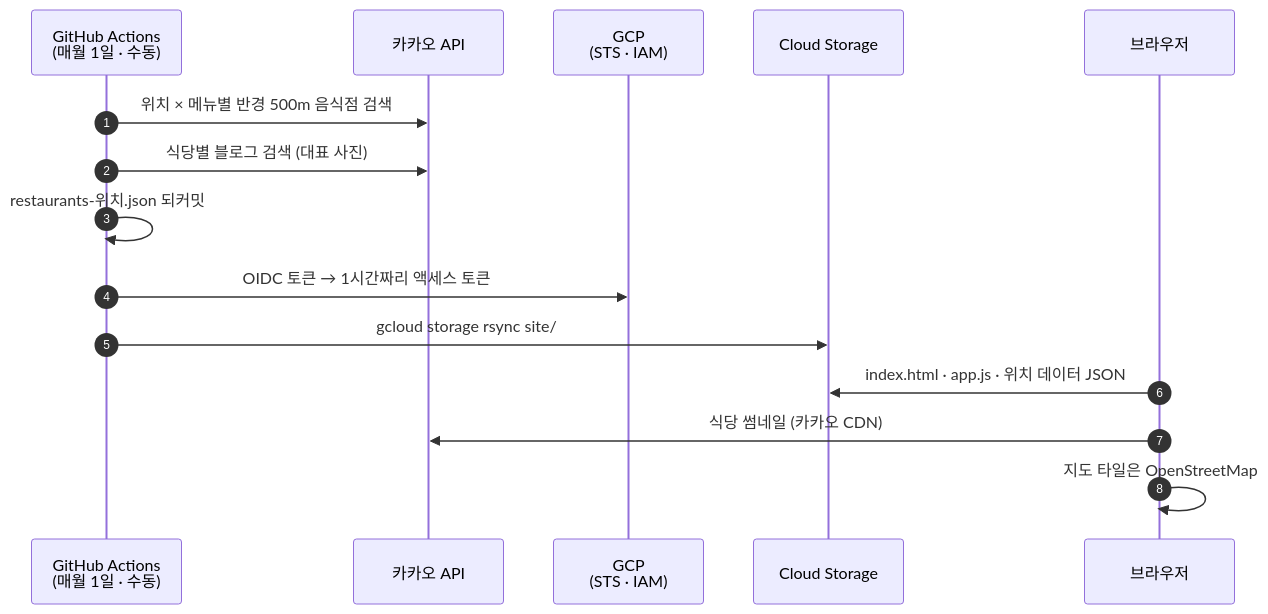
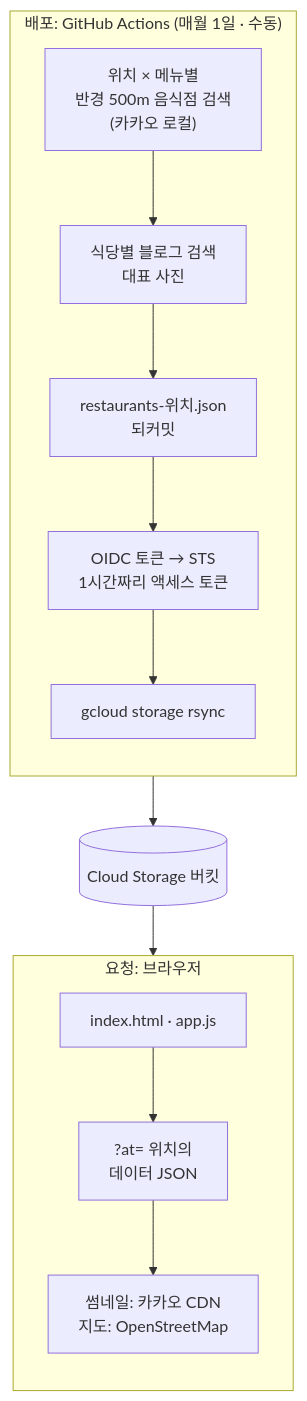
Before and after one commit to benyco-dev/lunch-box: the second of 3 diagrams in README.md, drawn with Mermaid.

Commit message:
README: 요청·배포 흐름 다이어그램을 세로 배치로
가로 시퀀스 다이어그램(1334px)이 GitHub 본문 폭에서 0.63배로 줄어 글자가 10px 정도였다.
세로 흐름도로 바꿔 세 다이어그램 모두 원래 크기로 보인다.

````diff
--- a/README.md
+++ b/README.md
@@ -40,17 +40,17 @@
 ```mermaid
-sequenceDiagram
-  autonumber
-  participant CR as GitHub Actions<br/>(매월 1일 · 수동)
-  participant KK as 카카오 API
-  participant G as GCP<br/>(STS · IAM)
-  participant B as Cloud Storage
-  participant U as 브라우저
-  CR->>KK: 위치 × 메뉴별 반경 500m 음식점 검색
-  CR->>KK: 식당별 블로그 검색 (대표 사진)
-  CR->>CR: restaurants-위치.json 되커밋
-  CR->>G: OIDC 토큰 → 1시간짜리 액세스 토큰
-  CR->>B: gcloud storage rsync site/
-  U->>B: index.html · app.js · 위치 데이터 JSON
-  U->>KK: 식당 썸네일 (카카오 CDN)
-  U->>U: 지도 타일은 OpenStreetMap
+flowchart TB
+  subgraph DEPLOY["배포: GitHub Actions (매월 1일 · 수동)"]
+    direction TB
+    D1["위치 × 메뉴별<br/>반경 500m 음식점 검색<br/>(카카오 로컬)"] --> D2["식당별 블로그 검색<br/>대표 사진"]
+    D2 --> D3["restaurants-위치.json<br/>되커밋"]
+    D3 --> D4["OIDC 토큰 → STS<br/>1시간짜리 액세스 토큰"]
+    D4 --> D5["gcloud storage rsync"]
+  end
+  D5 --> B[("Cloud Storage 버킷")]
+  subgraph REQ["요청: 브라우저"]
+    direction TB
+    U1["index.html · app.js"] --> U2["?at= 위치의<br/>데이터 JSON"]
+    U2 --> U3["썸네일: 카카오 CDN<br/>지도: OpenStreetMap"]
+  end
+  B --> U1
 ```
````
